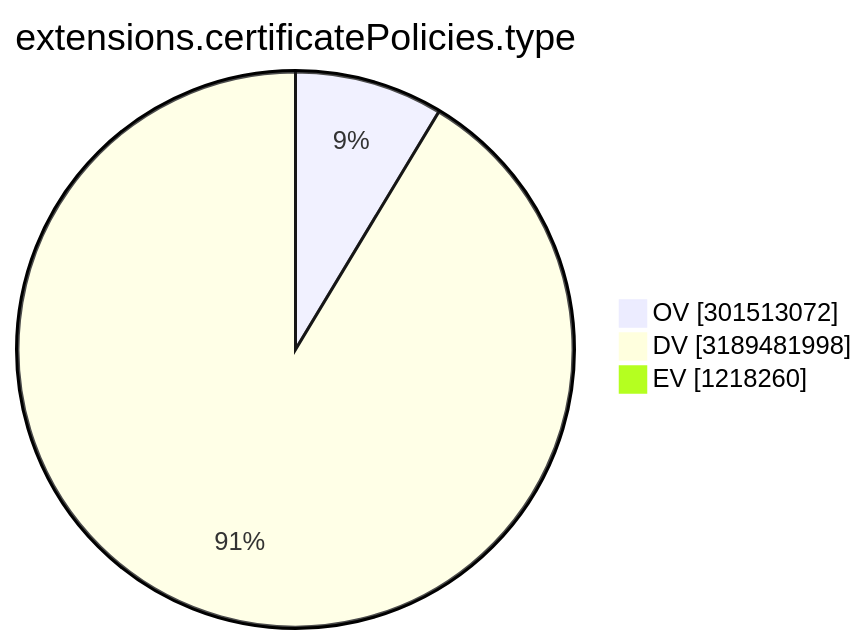
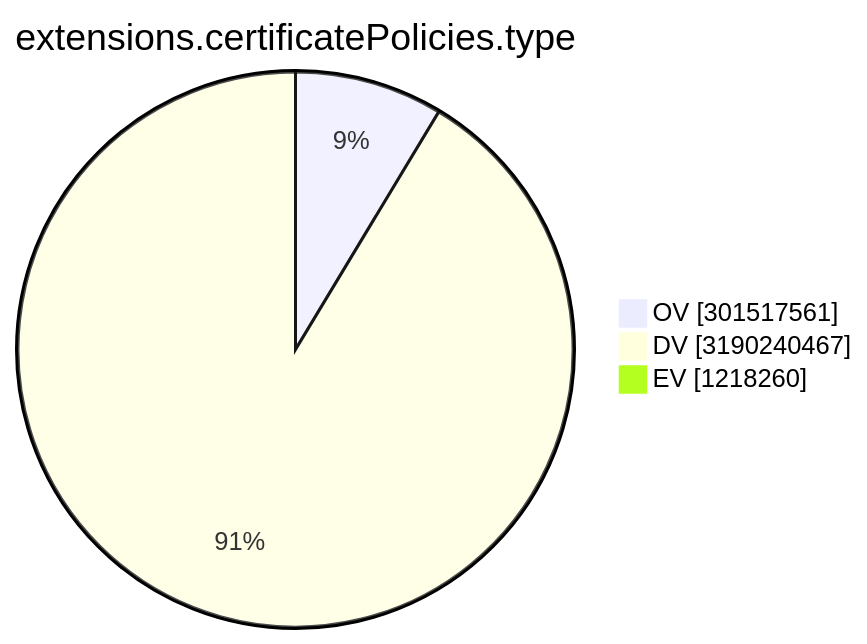
The ninth of 15 diagrams in TOTAL/README.md (christiankrug/ctmonitor_visualization), drawn with Mermaid before and after one commit. The commit also changed other lines of this file, not shown here.

````diff
--- a/TOTAL/README.md
+++ b/TOTAL/README.md
@@ -3106,7 +3106,7 @@
 ```mermaid
 pie showData
 title extensions.certificatePolicies.type
-"OV" :301513072
-"DV" :3189481998
+"OV" :301517561
+"DV" :3190240467
 "EV" :1218260
 ```
````
